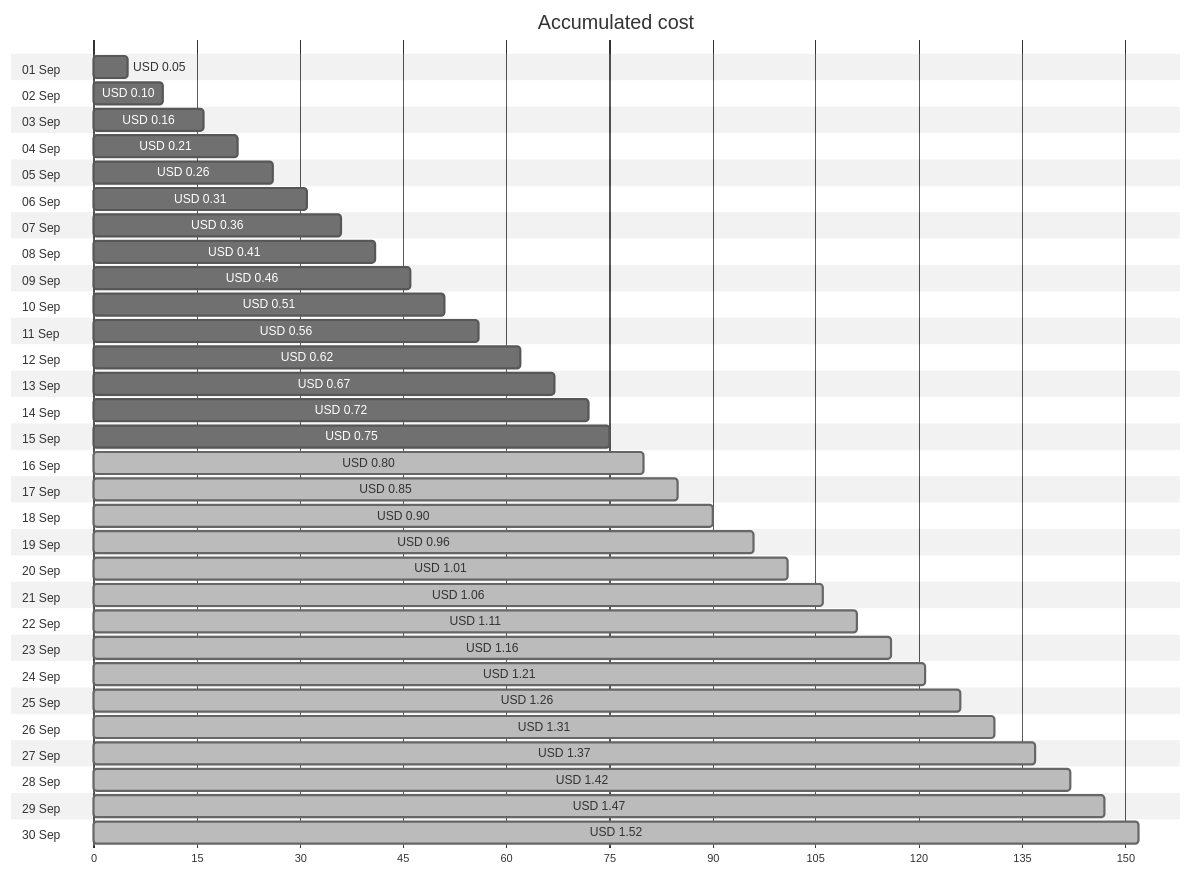
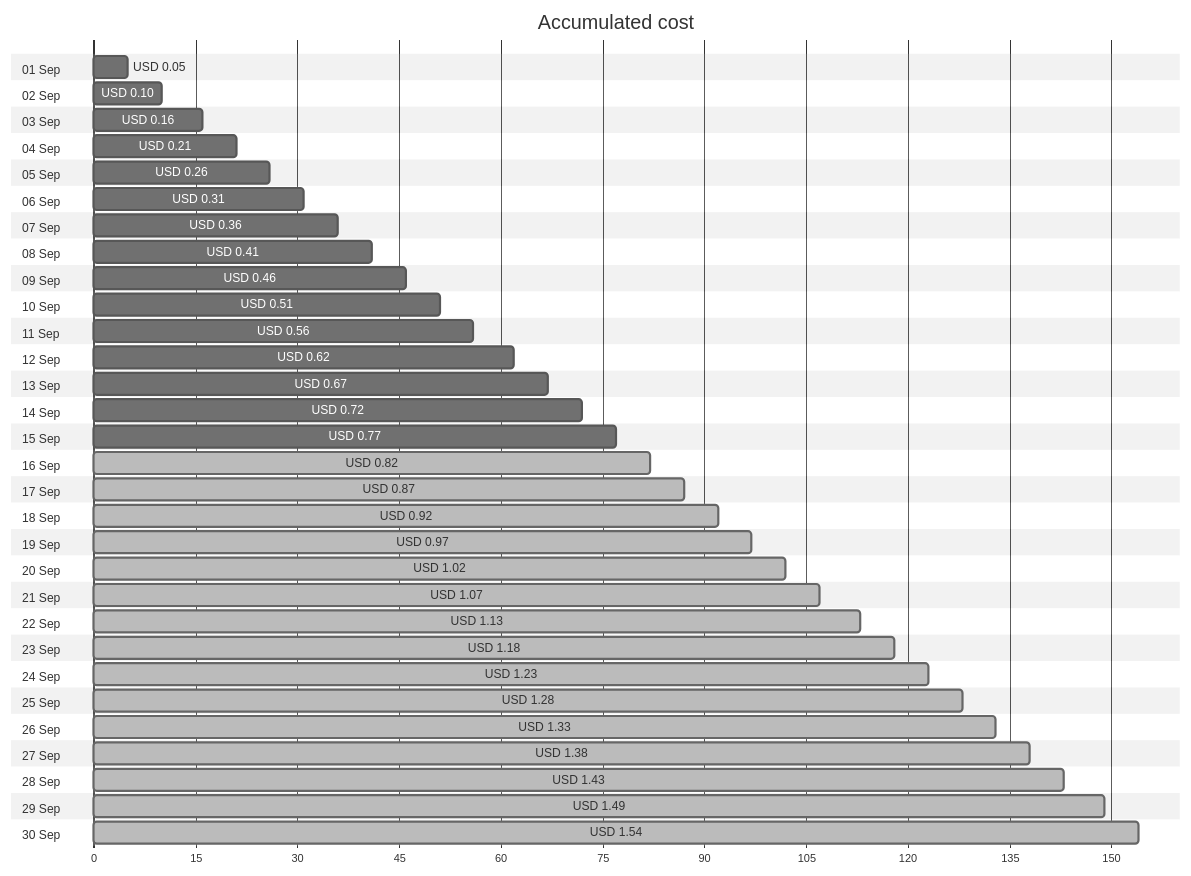
One commit to jpfulton/azure-personal-reports changed the first of 4 diagrams in cost-reports/personal-network/linux-dev_OsDisk.md. Above: the diagram before and after it, drawn with Mermaid (neutral theme). The commit also changed other lines of this file and 17 other files, not shown here.

````diff
--- a/cost-reports/personal-network/linux-dev_OsDisk.md
+++ b/cost-reports/personal-network/linux-dev_OsDisk.md
@@ -20,66 +20,66 @@
 ```mermaid
 gantt
    title Accumulated cost
    dateFormat  X
    axisFormat %s
    section 01 Sep
    USD 0.05 :0, 5
    section 02 Sep
    USD 0.10 :0, 10
    section 03 Sep
    USD 0.16 :0, 16
    section 04 Sep
    USD 0.21 :0, 21
    section 05 Sep
    USD 0.26 :0, 26
    section 06 Sep
    USD 0.31 :0, 31
    section 07 Sep
    USD 0.36 :0, 36
    section 08 Sep
    USD 0.41 :0, 41
    section 09 Sep
    USD 0.46 :0, 46
    section 10 Sep
    USD 0.51 :0, 51
    section 11 Sep
    USD 0.56 :0, 56
    section 12 Sep
    USD 0.62 :0, 62
    section 13 Sep
    USD 0.67 :0, 67
    section 14 Sep
    USD 0.72 :0, 72
    section 15 Sep
-   USD 0.75 :0, 75
+   USD 0.77 :0, 77
    section 16 Sep
-   USD 0.80 : done, 0, 80
+   USD 0.82 : done, 0, 82
    section 17 Sep
-   USD 0.85 : done, 0, 85
+   USD 0.87 : done, 0, 87
    section 18 Sep
-   USD 0.90 : done, 0, 90
+   USD 0.92 : done, 0, 92
    section 19 Sep
-   USD 0.96 : done, 0, 96
+   USD 0.97 : done, 0, 97
    section 20 Sep
-   USD 1.01 : done, 0, 101
+   USD 1.02 : done, 0, 102
    section 21 Sep
-   USD 1.06 : done, 0, 106
+   USD 1.07 : done, 0, 107
    section 22 Sep
-   USD 1.11 : done, 0, 111
+   USD 1.13 : done, 0, 113
    section 23 Sep
-   USD 1.16 : done, 0, 116
+   USD 1.18 : done, 0, 118
    section 24 Sep
-   USD 1.21 : done, 0, 121
+   USD 1.23 : done, 0, 123
    section 25 Sep
-   USD 1.26 : done, 0, 126
+   USD 1.28 : done, 0, 128
    section 26 Sep
-   USD 1.31 : done, 0, 131
+   USD 1.33 : done, 0, 133
    section 27 Sep
-   USD 1.37 : done, 0, 137
+   USD 1.38 : done, 0, 138
    section 28 Sep
-   USD 1.42 : done, 0, 142
+   USD 1.43 : done, 0, 143
    section 29 Sep
-   USD 1.47 : done, 0, 147
+   USD 1.49 : done, 0, 149
    section 30 Sep
-   USD 1.52 : done, 0, 152
+   USD 1.54 : done, 0, 154
 ```
````
